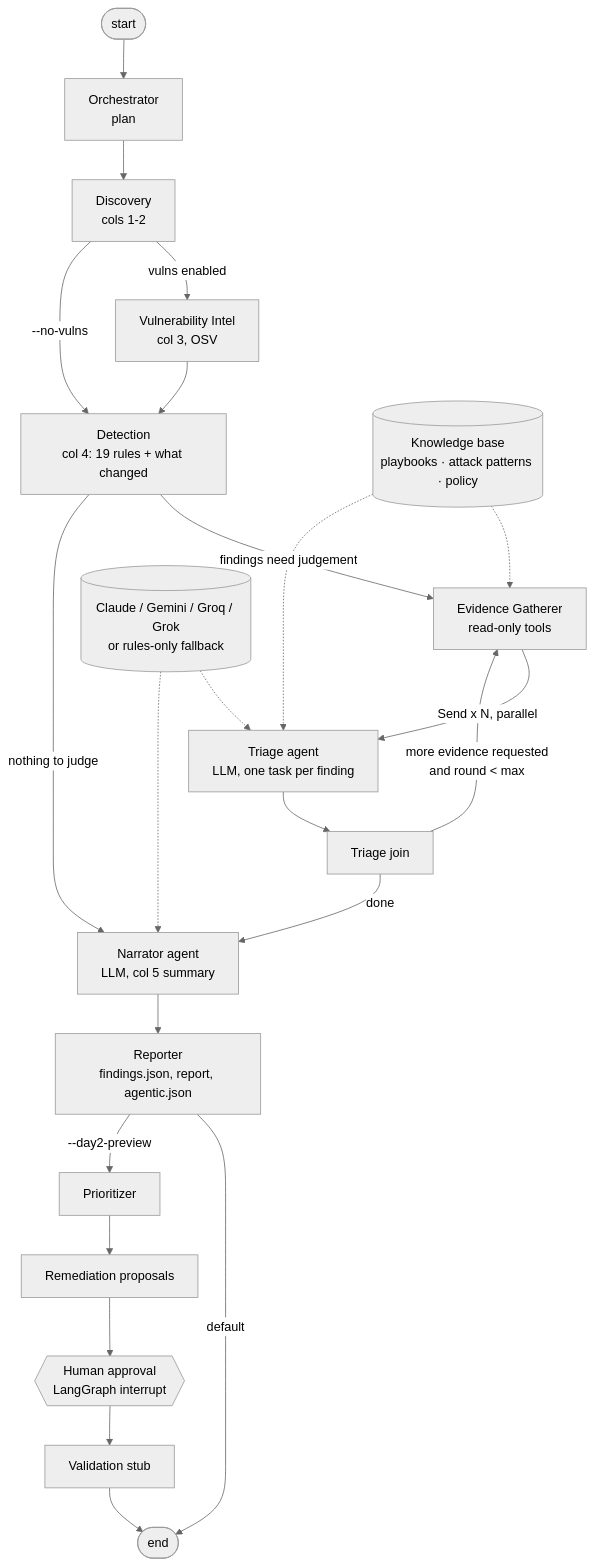
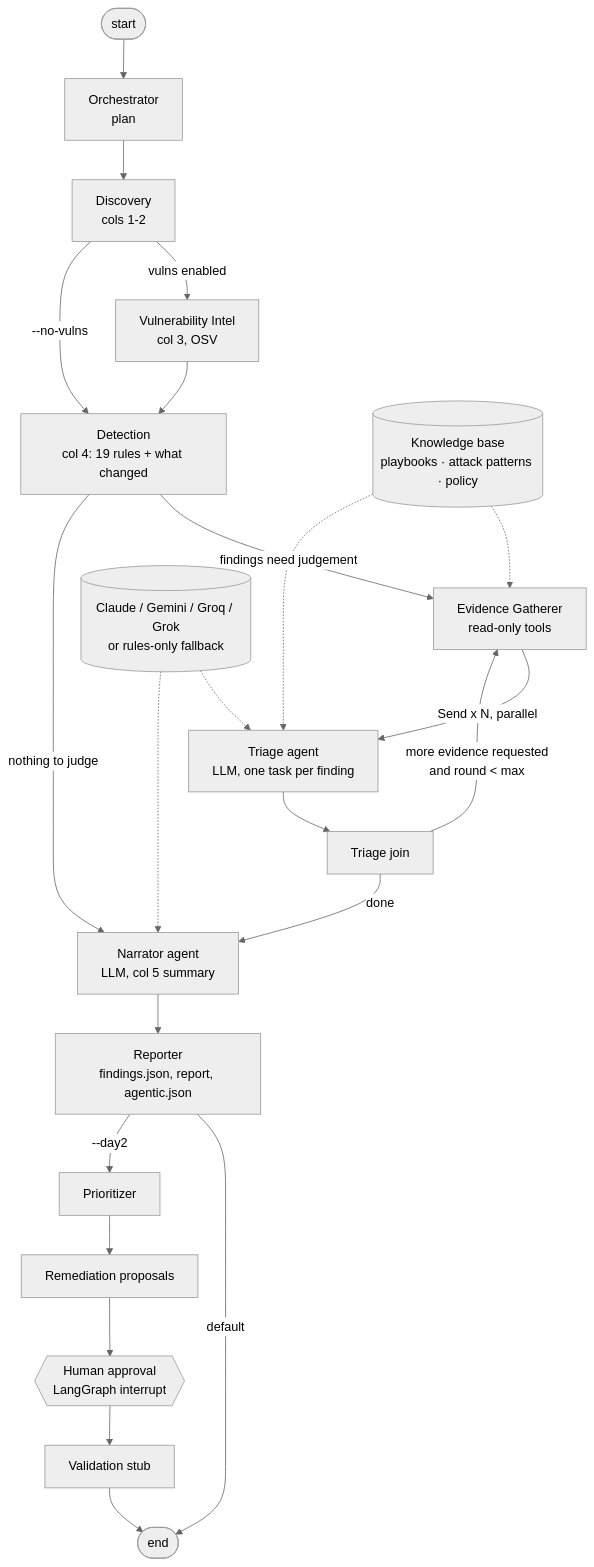
The diagram in docs/agentic.md (gshyamv/Bosch-Hackathon), drawn with Mermaid (neutral theme) before and after one commit. The commit also changed other lines of this file and 21 other files, not shown here.

````diff
--- a/docs/agentic.md
+++ b/docs/agentic.md
@@ -66,26 +66,26 @@
 ```mermaid
 flowchart TD
     S([start]) --> O[Orchestrator<br/>plan]
     O --> D[Discovery<br/>cols 1-2]
     D -->|vulns enabled| V[Vulnerability Intel<br/>col 3, OSV]
     D -->|--no-vulns| T
     V --> T[Detection<br/>col 4: 19 rules + what changed]
     T -->|findings need judgement| G[Evidence Gatherer<br/>read-only tools]
     T -->|nothing to judge| N
     G -->|Send x N, parallel| TR[Triage agent<br/>LLM, one task per finding]
     TR --> J[Triage join]
     J -->|more evidence requested<br/>and round < max| G
     J -->|done| N[Narrator agent<br/>LLM, col 5 summary]
     N --> R[Reporter<br/>findings.json, report, agentic.json]
     R -->|default| E([end])
-    R -->|--day2-preview| P[Prioritizer]
+    R -->|--day2| P[Prioritizer]
     P --> RM[Remediation proposals]
     RM --> H{{Human approval<br/>LangGraph interrupt}}
     H --> VA[Validation stub]
     VA --> E
 
     KB[(Knowledge base<br/>playbooks · attack patterns · policy)] -.-> G
     KB -.-> TR
     LLM[(Claude / Gemini / Groq / Grok<br/>or rules-only fallback)] -.-> TR
     LLM -.-> N
 ```
````
